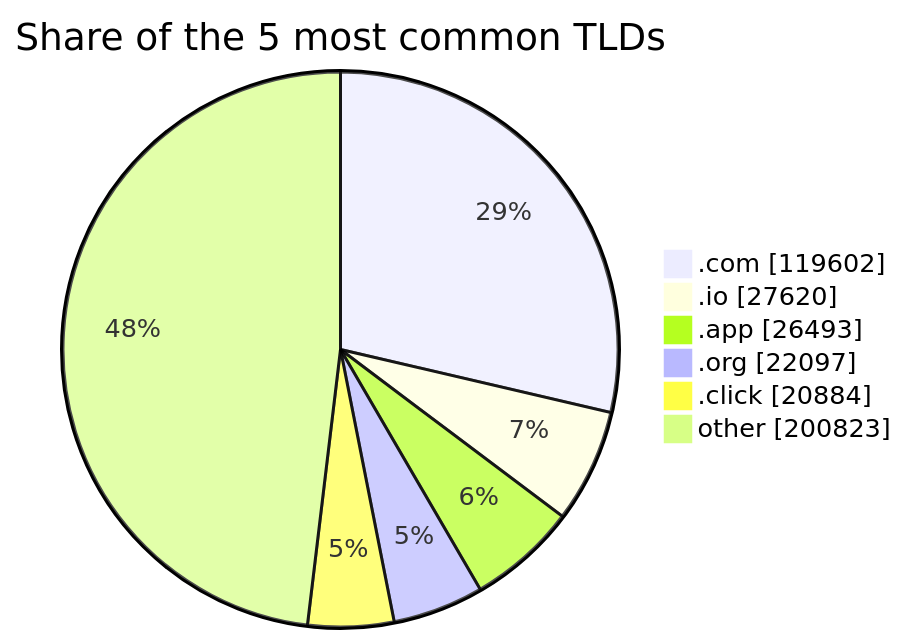
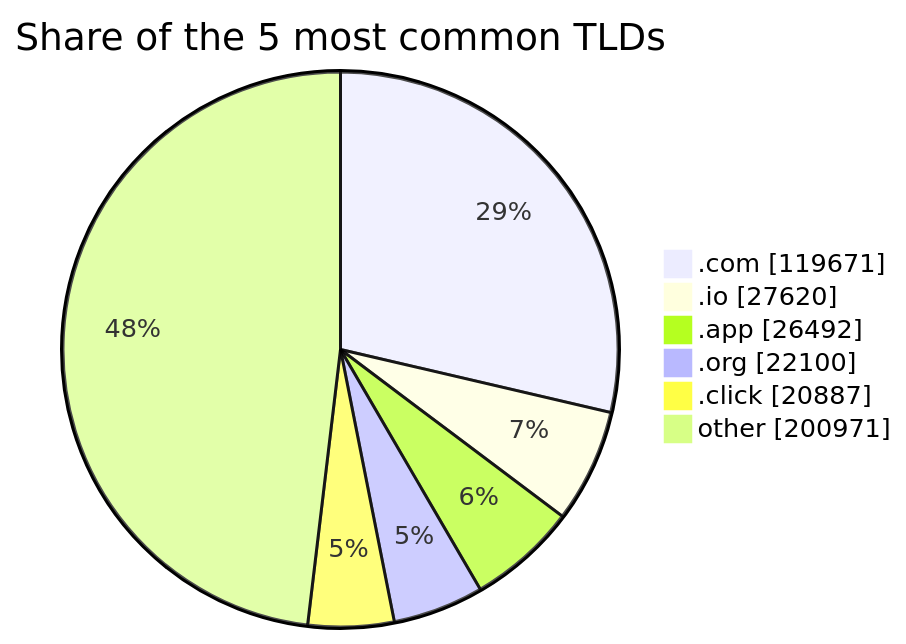
Before and after one commit to DNSBunker/CTI: the third of 3 diagrams in README.md, drawn with Mermaid. The commit also changed other lines of this file and 3 other files, not shown here.

````diff
--- a/README.md
+++ b/README.md
@@ -81,9 +81,9 @@
 ```mermaid
 pie showData title Share of the 5 most common TLDs
-    ".com" : 119602
+    ".com" : 119671
     ".io" : 27620
-    ".app" : 26493
-    ".org" : 22097
-    ".click" : 20884
-    "other" : 200823
+    ".app" : 26492
+    ".org" : 22100
+    ".click" : 20887
+    "other" : 200971
 ```
````
